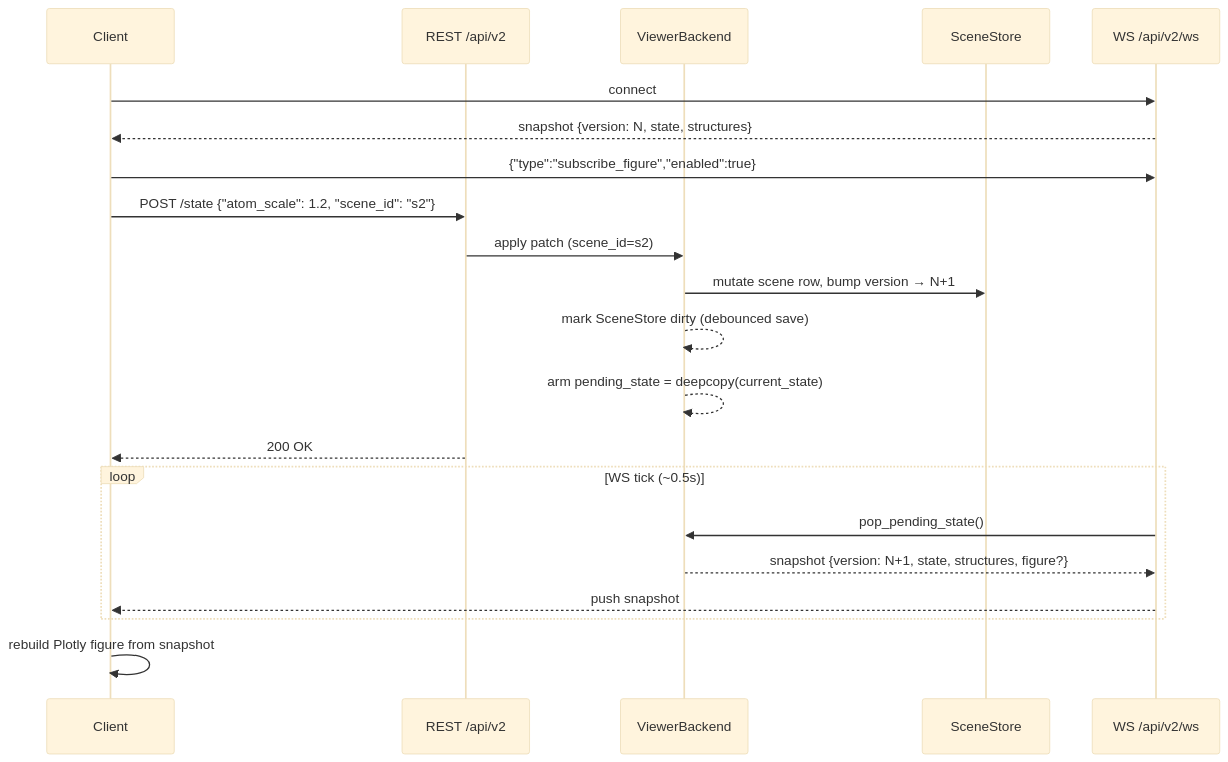
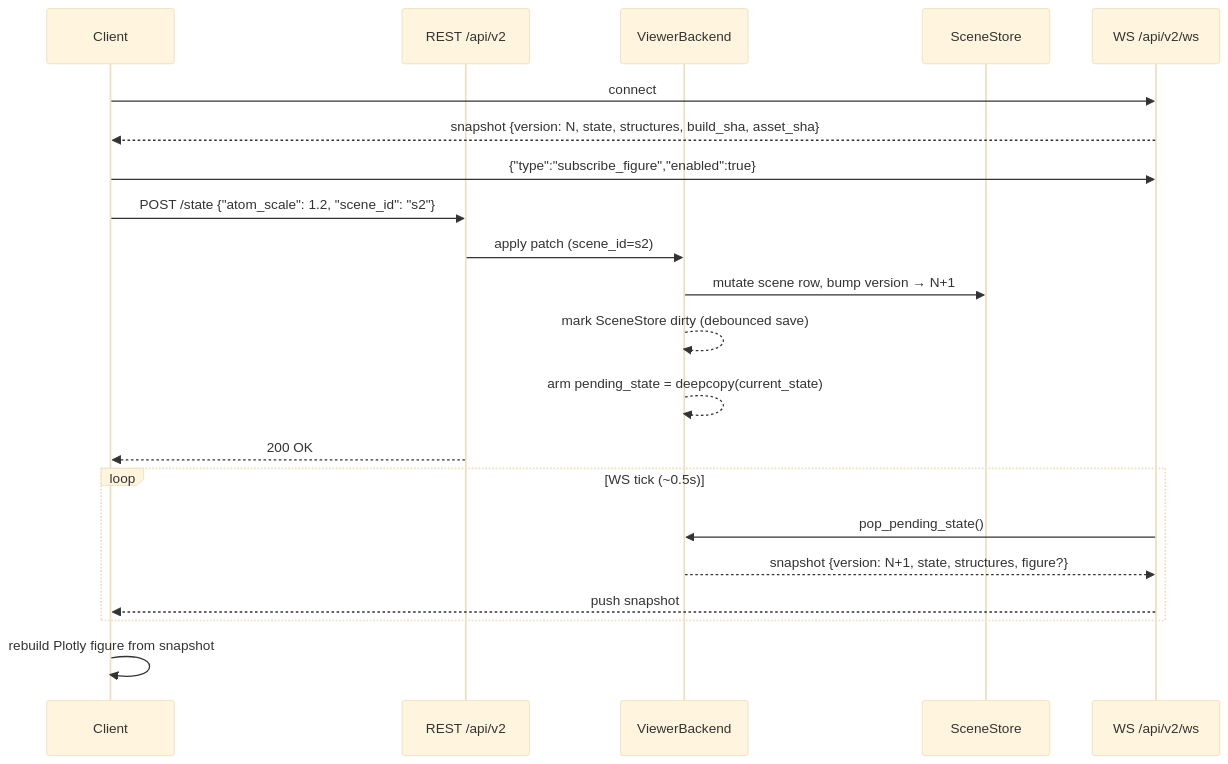
One commit to SchrodingersCattt/MatterVis changed the second of 3 diagrams in docs/agents/dash_service.md. Above: the diagram before and after it, drawn with Mermaid (base theme). The commit also changed other lines of this file and 76 other files, not shown here.

````diff
--- a/docs/agents/dash_service.md
+++ b/docs/agents/dash_service.md
@@ -93,27 +93,27 @@
 ```mermaid
 sequenceDiagram
     participant C as Client
     participant API as REST /api/v2
     participant B as ViewerBackend
     participant S as SceneStore
     participant W as WS /api/v2/ws
 
     C->>W: connect
-    W-->>C: snapshot {version: N, state, structures}
+    W-->>C: snapshot {version: N, state, structures, build_sha, asset_sha}
     C->>W: {"type":"subscribe_figure","enabled":true}
 
     C->>API: POST /state {"atom_scale": 1.2, "scene_id": "s2"}
     API->>B: apply patch (scene_id=s2)
     B->>S: mutate scene row, bump version → N+1
     B-->>B: mark SceneStore dirty (debounced save)
     B-->>B: arm pending_state = deepcopy(current_state)
     API-->>C: 200 OK
 
     loop WS tick (~0.5s)
         W->>B: pop_pending_state()
         B-->>W: snapshot {version: N+1, state, structures, figure?}
         W-->>C: push snapshot
     end
 
     C->>C: rebuild Plotly figure from snapshot
 ```
````
